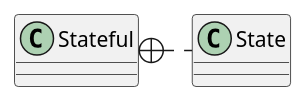
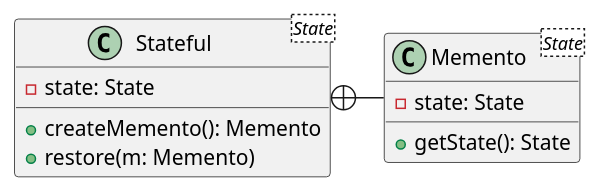
Before and after one commit to mengxianbin/cs-notes: the diagram in Design/Design Patterns/Behavioral Patterns/Others/Memento.md, drawn with PlantUML. The commit also changed 11 other files, not shown here.

````diff
--- a/Design/Design Patterns/Behavioral Patterns/Others/Memento.md
+++ b/Design/Design Patterns/Behavioral Patterns/Others/Memento.md
@@ -1,15 +1,18 @@
 ```puml
 @startuml
 
-class Stateful {
-
+class Stateful <State> {
+    - state: State
+    + createMemento(): Memento
+    + restore(m: Memento)
 }
 
-class State {
-
+class Memento <State> {
+    - state: State
+    + getState(): State
 }
 
-Stateful +. State
+Stateful +- Memento
 
 @enduml
 ```
````
